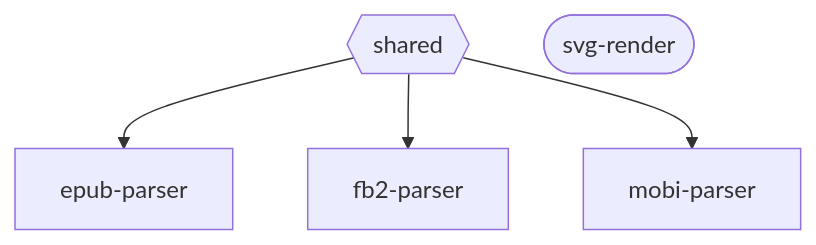
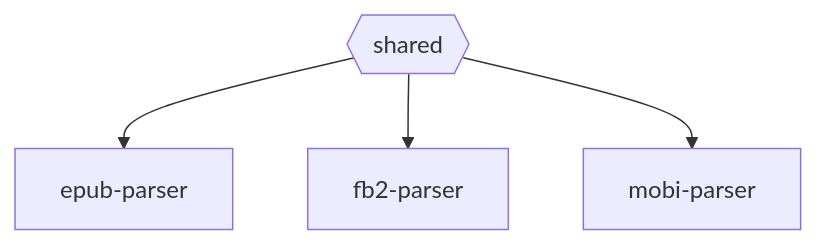
One commit to hhk-png/lingo-reader changed the diagram in CONTRIBUTING.md. Above: the diagram before and after it, drawn with Mermaid. The commit also changed other lines of this file and 32 other files, not shown here.

````diff
--- a/CONTRIBUTING.md
+++ b/CONTRIBUTING.md
@@ -15,7 +15,6 @@
 ```mermaid
 graph TD
   shared{{shared}} --> epub-parser
   shared --> fb2-parser
   shared --> mobi-parser
-  svg-render([svg-render])
 ```
````
